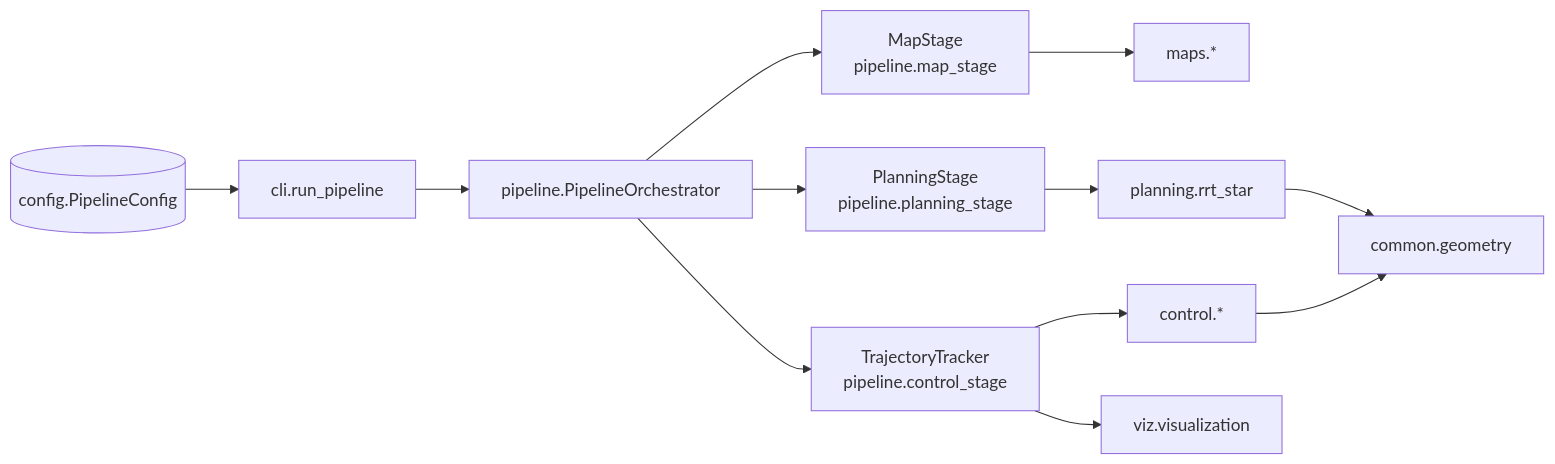
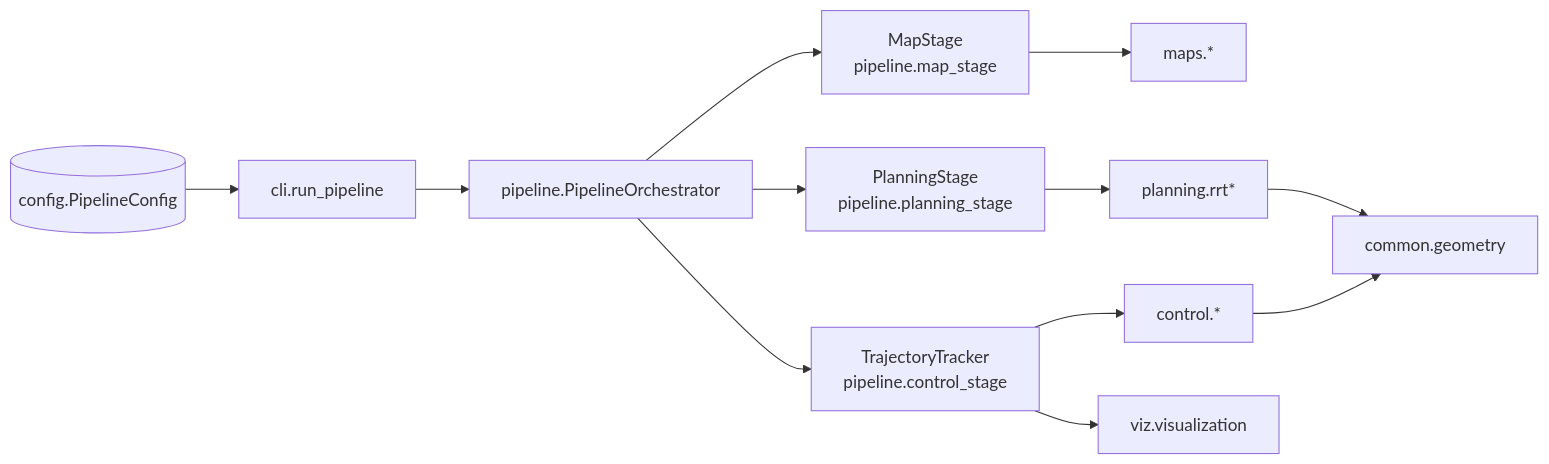
Before and after one commit to CagriCatik/RRT-MPC: the diagram in docs/architecture.md, drawn with Mermaid. The commit also changed other lines of this file and 22 other files, not shown here.

````diff
--- a/docs/architecture.md
+++ b/docs/architecture.md
@@ -7,15 +7,15 @@
 ```mermaid
 flowchart LR
     cfg[(config.PipelineConfig)] --> cli[cli.run_pipeline]
     cli --> orch[pipeline.PipelineOrchestrator]
     orch --> mapStage[MapStage\npipeline.map_stage]
     orch --> planStage[PlanningStage\npipeline.planning_stage]
     orch --> trackStage[TrajectoryTracker\npipeline.control_stage]
     mapStage --> maps[maps.*]
-    planStage --> planning[planning.rrt_star]
+    planStage --> planning[planning.rrt*]
     trackStage --> control[control.*]
     trackStage --> viz[viz.visualization]
     planning --> common[common.geometry]
     control --> common
 
 ```
````
